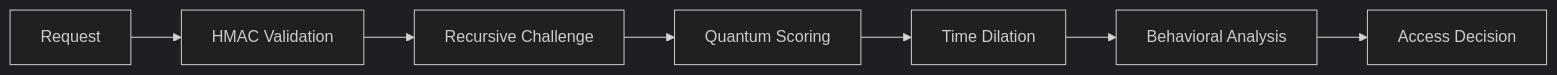
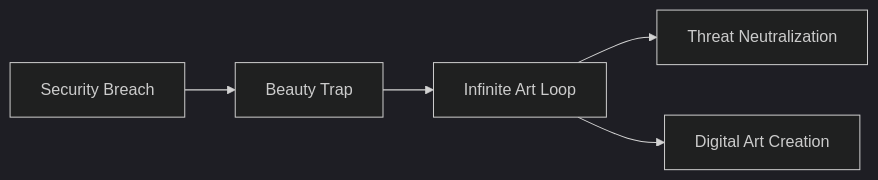
Before and after one commit to Saranoah/The-Paradox-Loop-CAPTCHA: the second of 2 diagrams in README.md, drawn with Mermaid (dark theme). The commit also changed other lines of this file, not shown here.

````diff
--- a/README.md
+++ b/README.md
@@ -147,9 +49,7 @@
 ```mermaid
 graph LR
-    A[Request] --> B[HMAC Validation]
-    B --> C[Recursive Challenge]
-    C --> D[Quantum Scoring]
-    D --> E[Time Dilation]
-    E --> F[Behavioral Analysis]
-    F --> G[Access Decision]
+    A[Security Breach] --> B[Beauty Trap]
+    B --> C[Infinite Art Loop]
+    C --> D[Threat Neutralization]
+    C --> E[Digital Art Creation]
 ```
````
